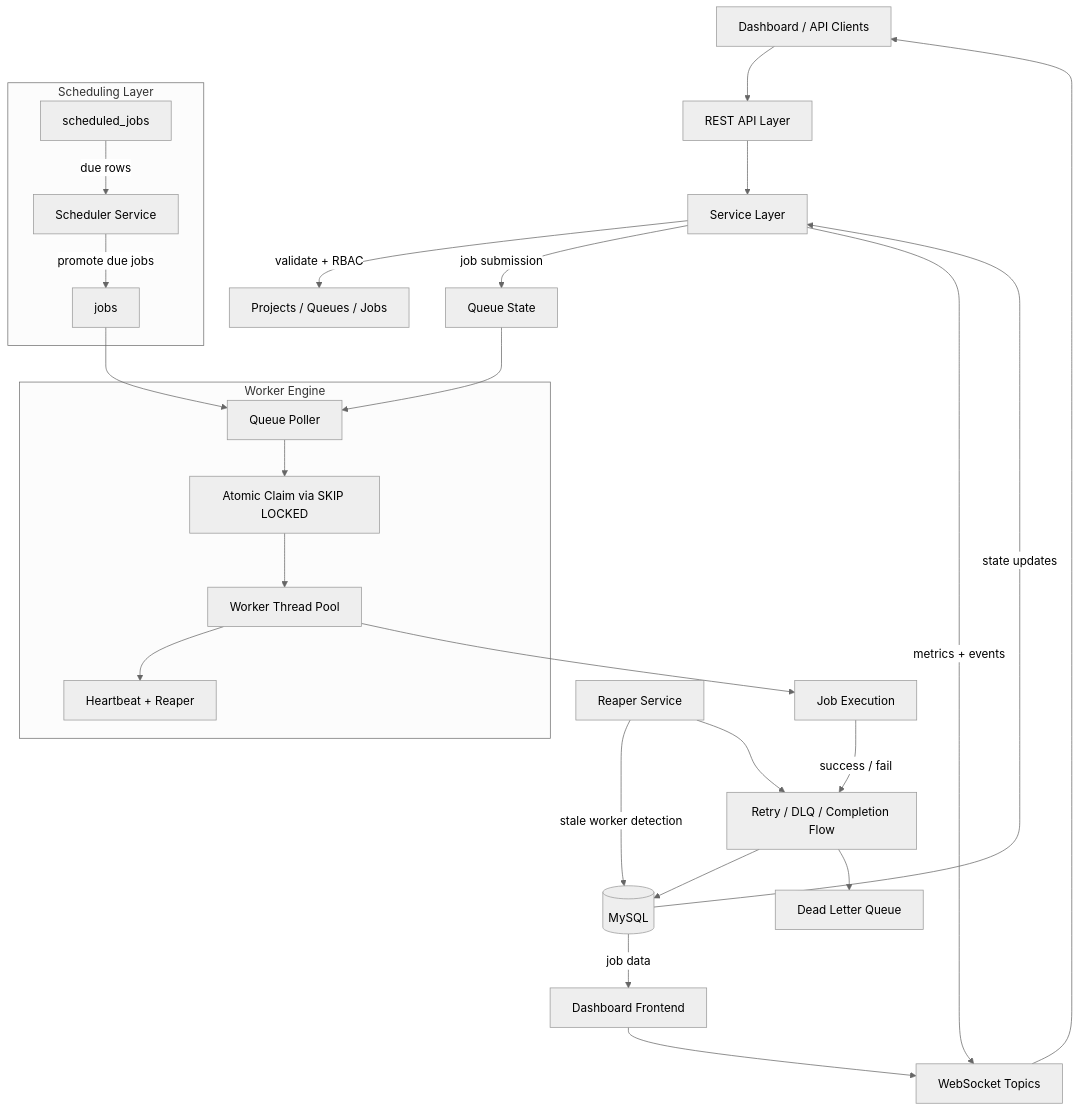
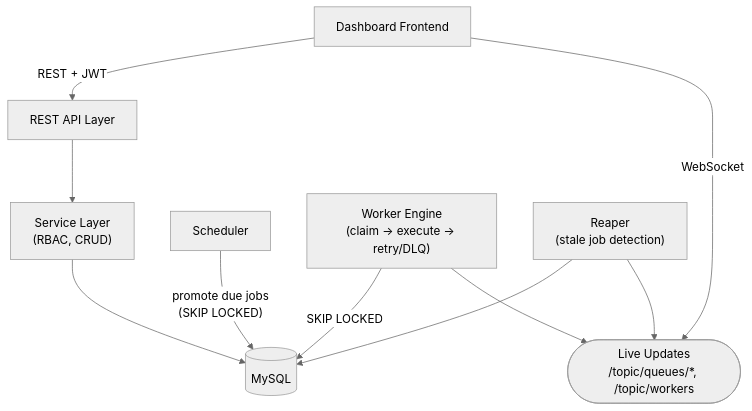
Before and after one commit to shashankzarikar/distributed-Job-Scheduler: the diagram in README.md, drawn with Mermaid (neutral theme). The commit also changed 2 other files, not shown here.

Commit message:
added project documents in docs folder

````diff
--- a/README.md
+++ b/README.md
@@ -92,38 +92,15 @@
 ```mermaid
-flowchart TB
-    Client[Dashboard / API Clients] --> API[REST API Layer]
-    API --> SVC[Service Layer]
-    SVC -->|validate + RBAC| Project[Projects / Queues / Jobs]
-    SVC -->|job submission| Queue[Queue State]
-    SVC -->|metrics + events| WS[WebSocket Topics]
+flowchart TD
+    Frontend["Dashboard Frontend"] -->|"REST + JWT"| API["REST API Layer"]
+    Frontend -->|"WebSocket"| WS(["Live Updates<br/>/topic/queues/*, /topic/workers"])
 
-    subgraph Scheduler[Scheduling Layer]
-        SchedulerSvc[Scheduler Service]
-        Scheduled[scheduled_jobs]
-        SchedulerSvc -->|promote due jobs| JobsTable[jobs]
-        Scheduled -->|due rows| SchedulerSvc
-    end
+    API --> Service["Service Layer<br/>(RBAC, CRUD)"]
+    Service --> DB[("MySQL")]
 
-    subgraph Worker[Worker Engine]
-        Poller[Queue Poller]
-        Claim[Atomic Claim via SKIP LOCKED]
-        WorkerPool[Worker Thread Pool]
-        Heartbeats[Heartbeat + Reaper]
-        Poller --> Claim --> WorkerPool
-        WorkerPool --> Heartbeats
-    end
+    Scheduler["Scheduler"] -->|"promote due jobs<br/>(SKIP LOCKED)"| DB
+    Worker["Worker Engine<br/>(claim → execute → retry/DLQ)"] -->|"SKIP LOCKED"| DB
+    Reaper["Reaper<br/>(stale job detection)"] --> DB
 
-    Queue --> Poller
-    JobsTable --> Poller
-    WorkerPool --> Exec[Job Execution]
-    Exec -->|success / fail| Outcome[Retry / DLQ / Completion Flow]
-    Outcome --> DB[(MySQL)]
-    DB -->|state updates| SVC
-    DB -->|job data| Dashboard[Dashboard Frontend]
-    Dashboard --> WS
-    WS --> Client
-
-    Outcome --> DLQ[Dead Letter Queue]
-    Reaper[Reaper Service] -->|stale worker detection| DB
-    Reaper --> Outcome
+    Worker --> WS
+    Reaper --> WS
 ```
````
